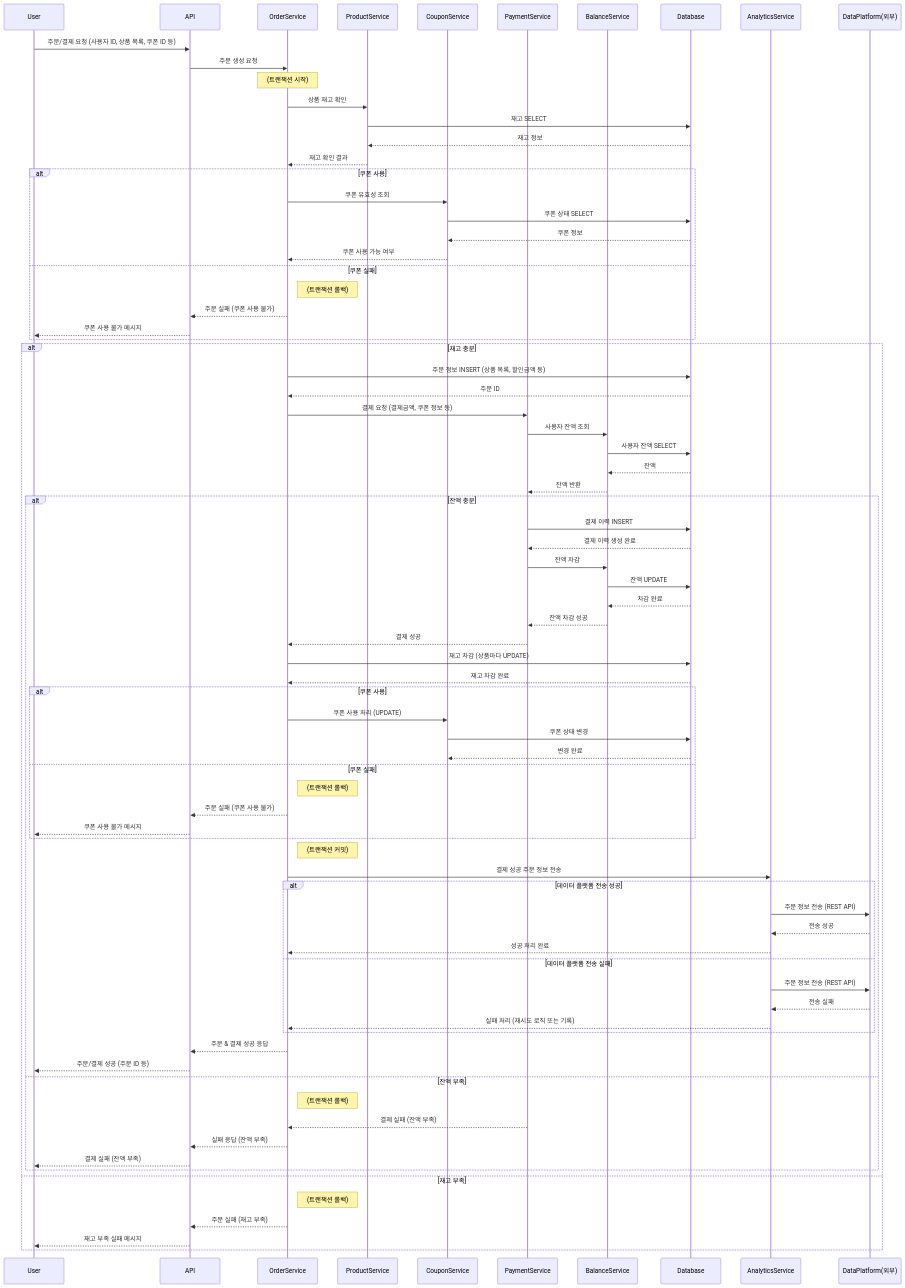
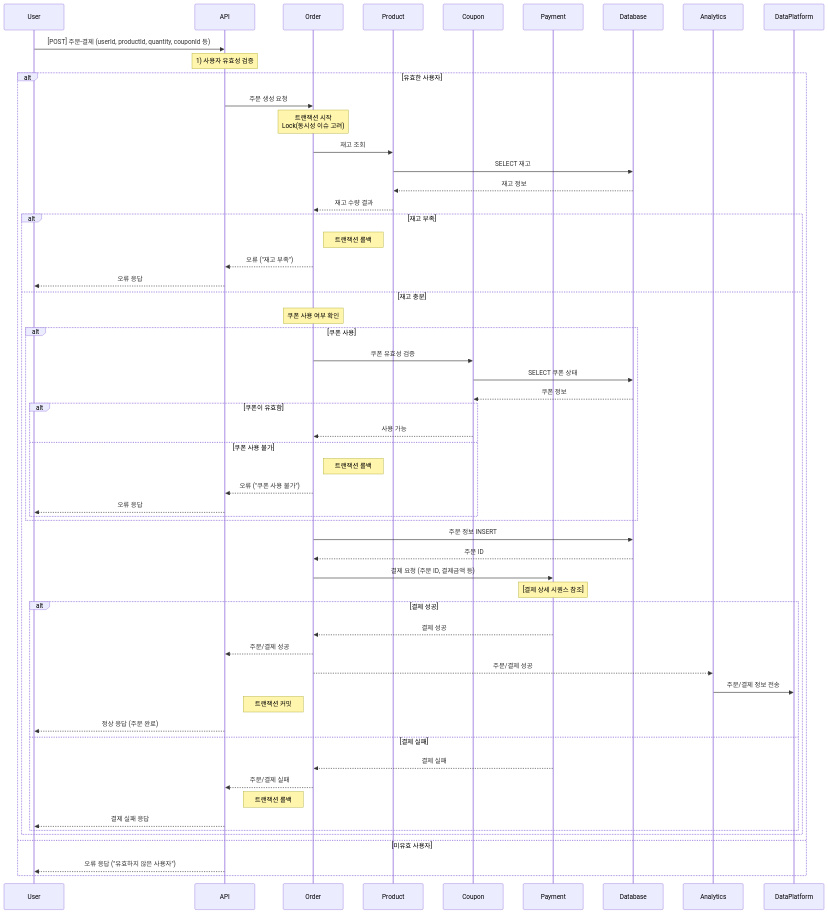
Before and after one commit to kergosdyr/hhplus-commerce-java: the sixth of 8 diagrams in docs/02_sequence.md, drawn with Mermaid. The commit also changed other lines of this file, not shown here.

Commit message:
doc(sequence): edit sequence diagram to sync with flow chart

````diff
--- a/docs/02_sequence.md
+++ b/docs/02_sequence.md
@@ -119,93 +172,63 @@
 ```mermaid
-
 sequenceDiagram
     participant User
     participant API
-    participant OrderService
-    participant ProductService
-    participant CouponService
-    participant PaymentService
-    participant BalanceService
+    participant Order
+    participant Product
+    participant Coupon
+    participant Payment
     participant Database
-    participant AnalyticsService
-    participant DataPlatform as DataPlatform(외부)
+    participant Analytics
+    participant DataPlatform
+    User ->> API: [POST] 주문-결제 (userId, productId, quantity, couponId 등)
+    note over API: 1) 사용자 유효성 검증
+    alt 유효한 사용자
+        API ->> Order: 주문 생성 요청
+        note over Order: 트랜잭션 시작<br>Lock(동시성 이슈 고려)
+        Order ->> Product: 재고 조회
+        Product ->> Database: SELECT 재고
+        Database -->> Product: 재고 정보
+        Product -->> Order: 재고 수량 결과
+        alt 재고 부족
+            note right of Order: 트랜잭션 롤백
+            Order -->> API: 오류 ("재고 부족")
+            API -->> User: 오류 응답
+        else 재고 충분
+            note over Order: 쿠폰 사용 여부 확인
+            alt 쿠폰 사용
+                Order ->> Coupon: 쿠폰 유효성 검증
+                Coupon ->> Database: SELECT 쿠폰 상태
+                Database -->> Coupon: 쿠폰 정보
+                alt 쿠폰이 유효함
+                    Coupon -->> Order: 사용 가능
+                else 쿠폰 사용 불가
+                    note right of Order: 트랜잭션 롤백
+                    Order -->> API: 오류 ("쿠폰 사용 불가")
+                    API -->> User: 오류 응답
+                end
+            end
 
-    User->>API: 주문/결제 요청 (사용자 ID, 상품 목록, 쿠폰 ID 등)
-    API->>OrderService: 주문 생성 요청
-    note over OrderService: (트랜잭션 시작)
+            Order ->> Database: 주문 정보 INSERT
+            Database -->> Order: 주문 ID
+            Order ->> Payment: 결제 요청 (주문 ID, 결제금액 등)
+            Note over Payment: [결제 상세 시퀀스 참조]
 
-    OrderService->>ProductService: 상품 재고 확인
-    ProductService->>Database: 재고 SELECT
-    Database-->>ProductService: 재고 정보
-    ProductService-->>OrderService: 재고 확인 결과
-    alt 쿠폰 사용
-        OrderService->>CouponService: 쿠폰 유효성 조회
-        CouponService->>Database: 쿠폰 상태 SELECT
-        Database-->>CouponService: 쿠폰 정보
-        CouponService-->>OrderService: 쿠폰 사용 가능 여부
-    else 쿠폰 실패
-        note right of OrderService: (트랜잭션 롤백)
-        OrderService-->>API: 주문 실패 (쿠폰 사용 불가)
-        API-->>User: 쿠폰 사용 불가 메시지
+            alt 결제 성공
+                Payment -->> Order: 결제 성공
+                Order -->> API: 주문/결제 성공
+                Order -->> Analytics: 주문/결제 성공
+                Analytics ->> DataPlatform: 주문/결제 정보 전송
+                note left of Order: 트랜잭션 커밋
+                API -->> User: 정상 응답 (주문 완료)
+            else 결제 실패
+                Payment -->> Order: 결제 실패
+                Order -->> API: 주문/결제 실패
+                note left of Order: 트랜잭션 롤백
+                API -->> User: 결제 실패 응답
+            end
+        end
+    else 미유효 사용자
+        API -->> User: 오류 응답 ("유효하지 않은 사용자")
     end
 
-    alt 재고 충분
-
-        OrderService->>Database: 주문 정보 INSERT (상품 목록, 할인금액 등)
-        Database-->>OrderService: 주문 ID
-
-        OrderService->>PaymentService: 결제 요청 (결제금액, 쿠폰 정보 등)
-        PaymentService->>BalanceService: 사용자 잔액 조회
-        BalanceService->>Database: 사용자 잔액 SELECT
-        Database-->>BalanceService: 잔액
-        BalanceService-->>PaymentService: 잔액 반환
-
-        alt 잔액 충분
-            PaymentService->>Database: 결제 이력 INSERT
-            Database-->>PaymentService: 결제 이력 생성 완료
-            PaymentService->>BalanceService: 잔액 차감
-            BalanceService->>Database: 잔액 UPDATE
-            Database-->>BalanceService: 차감 완료
-            BalanceService-->>PaymentService: 잔액 차감 성공
-            PaymentService-->>OrderService: 결제 성공
-
-            OrderService->>Database: 재고 차감 (상품마다 UPDATE)
-            Database-->>OrderService: 재고 차감 완료
-
-            alt 쿠폰 사용
-                OrderService->>CouponService: 쿠폰 사용 처리 (UPDATE)
-                CouponService->>Database: 쿠폰 상태 변경
-                Database-->>CouponService: 변경 완료
-            else 쿠폰 실패
-                note right of OrderService: (트랜잭션 롤백)
-                OrderService-->>API: 주문 실패 (쿠폰 사용 불가)
-                API-->>User: 쿠폰 사용 불가 메시지
-            end
-
-
-            note right of OrderService: (트랜잭션 커밋)
-            OrderService->>AnalyticsService: 결제 성공 주문 정보 전송
-            alt 데이터 플랫폼 전송 성공
-                AnalyticsService->>DataPlatform: 주문 정보 전송 (REST API)
-                DataPlatform-->>AnalyticsService: 전송 성공
-                AnalyticsService-->>OrderService: 성공 처리 완료
-            else 데이터 플랫폼 전송 실패
-                AnalyticsService->>DataPlatform: 주문 정보 전송 (REST API)
-                DataPlatform-->>AnalyticsService: 전송 실패
-                AnalyticsService-->>OrderService: 실패 처리 (재시도 로직 또는 기록)
-            end
-
-            OrderService-->>API: 주문 & 결제 성공 응답
-            API-->>User: 주문/결제 성공 (주문 ID 등)
-        else 잔액 부족
-            note right of OrderService: (트랜잭션 롤백)
-            PaymentService-->>OrderService: 결제 실패 (잔액 부족)
-            OrderService-->>API: 실패 응답 (잔액 부족)
-            API-->>User: 결제 실패 (잔액 부족)
-        end
-    else 재고 부족
-        note right of OrderService: (트랜잭션 롤백)
-        OrderService-->>API: 주문 실패 (재고 부족)
-        API-->>User: 재고 부족 실패 메시지
-    end
 ```
````
